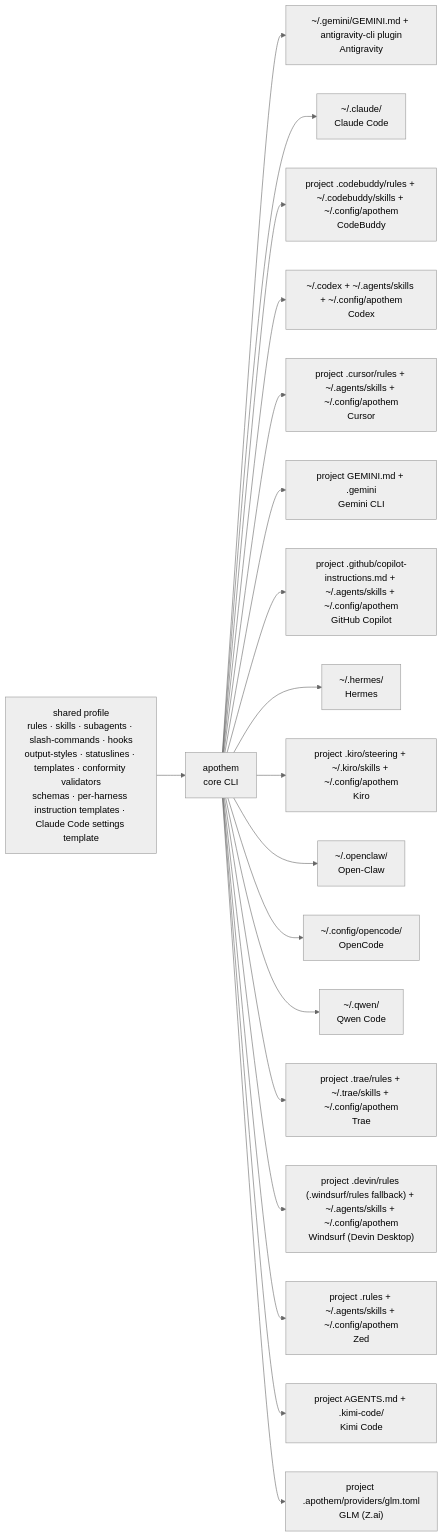
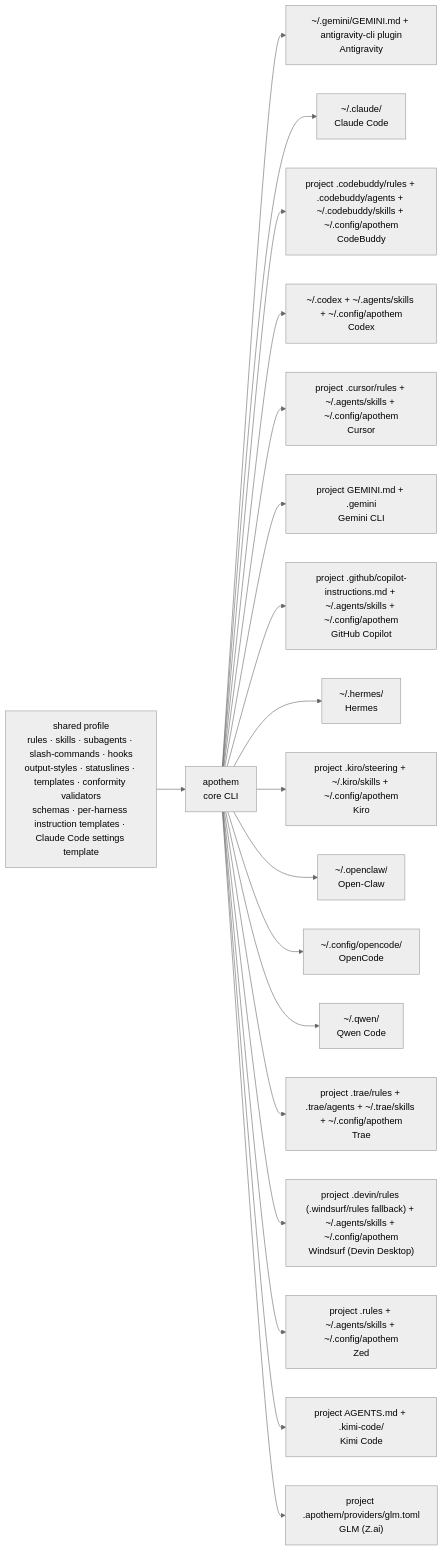
One commit to Ahmed-G-Gad/apothem changed the first of 2 diagrams in README.md. Above: the diagram before and after it, drawn with Mermaid. The commit also changed other lines of this file and 125 other files, not shown here.

First line of the commit message:
feat(codebuddy-trae): install native subagents

````diff
--- a/README.md
+++ b/README.md
@@ -606,27 +606,27 @@
 ```mermaid
 %%{ init: { "theme": "neutral" } }%%
 %% verified: 2026-10-15 %%
 %% provenance: README.md §How it works — apothem's seventeen-harness materialization fan-out %%
 %% cross-reference: src/apothem/lib/harness_registry_data.py (the authoritative adapter registry) %%
 graph LR
     P["shared profile<br/>rules · skills · subagents · slash-commands · hooks<br/>output-styles · statuslines · templates · conformity validators<br/>schemas · per-harness instruction templates · Claude Code settings template"]
     A["apothem<br/>core CLI"]
     P --> A
     A --> AG["~/.gemini/GEMINI.md + antigravity-cli plugin<br/>Antigravity"]
     A --> CC["~/.claude/<br/>Claude Code"]
-    A --> CB["project .codebuddy/rules + ~/.codebuddy/skills + ~/.config/apothem<br/>CodeBuddy"]
+    A --> CB["project .codebuddy/rules + .codebuddy/agents + ~/.codebuddy/skills + ~/.config/apothem<br/>CodeBuddy"]
     A --> CO["~/.codex + ~/.agents/skills + ~/.config/apothem<br/>Codex"]
     A --> CU["project .cursor/rules + ~/.agents/skills + ~/.config/apothem<br/>Cursor"]
     A --> GE["project GEMINI.md + .gemini<br/>Gemini CLI"]
     A --> GC["project .github/copilot-instructions.md + ~/.agents/skills + ~/.config/apothem<br/>GitHub Copilot"]
     A --> HE["~/.hermes/<br/>Hermes"]
     A --> KI["project .kiro/steering + ~/.kiro/skills + ~/.config/apothem<br/>Kiro"]
     A --> OW["~/.openclaw/<br/>Open-Claw"]
     A --> OC["~/.config/opencode/<br/>OpenCode"]
     A --> QW["~/.qwen/<br/>Qwen Code"]
-    A --> TR["project .trae/rules + ~/.trae/skills + ~/.config/apothem<br/>Trae"]
+    A --> TR["project .trae/rules + .trae/agents + ~/.trae/skills + ~/.config/apothem<br/>Trae"]
     A --> WI["project .devin/rules (.windsurf/rules fallback) + ~/.agents/skills + ~/.config/apothem<br/>Windsurf (Devin Desktop)"]
     A --> ZE["project .rules + ~/.agents/skills + ~/.config/apothem<br/>Zed"]
     A --> KM["project AGENTS.md + .kimi-code/<br/>Kimi Code"]
     A --> GL["project .apothem/providers/glm.toml<br/>GLM (Z.ai)"]
 ```
````
